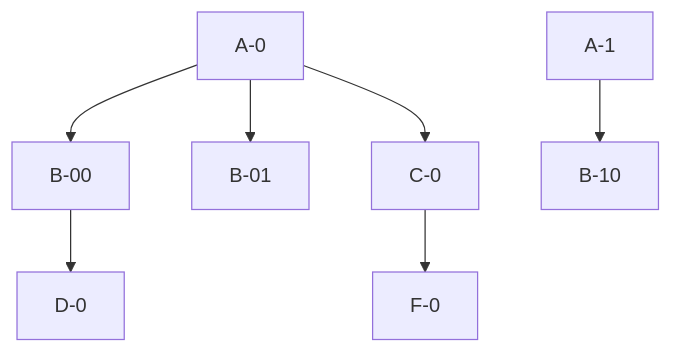
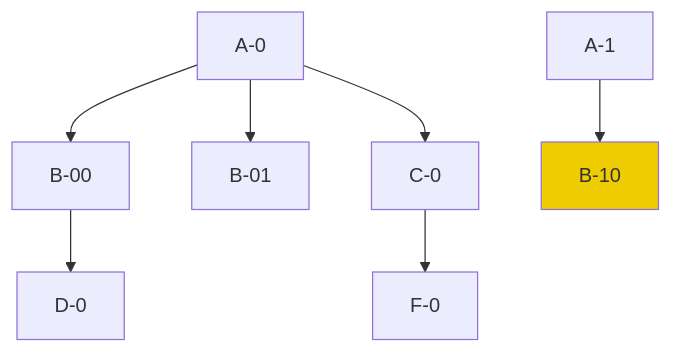
The sixth of 12 diagrams in docs/dev-guide/report/report-design.md (entropy-cloud/nop-entropy), drawn with Mermaid before and after one commit.

Commit message:
更新文档

````diff
--- a/docs/dev-guide/report/report-design.md
+++ b/docs/dev-guide/report/report-design.md
@@ -251,11 +251,13 @@
 ```mermaid
 graph TD
 
 A-0 --> B-00
 A-0 --> B-01
 A-0 --> C-0
 B-00 --> D-0
 C-0 --> F-0
 
 A-1 --> B-10
+
+style B-10 fill:#eecc00
 ```
````
